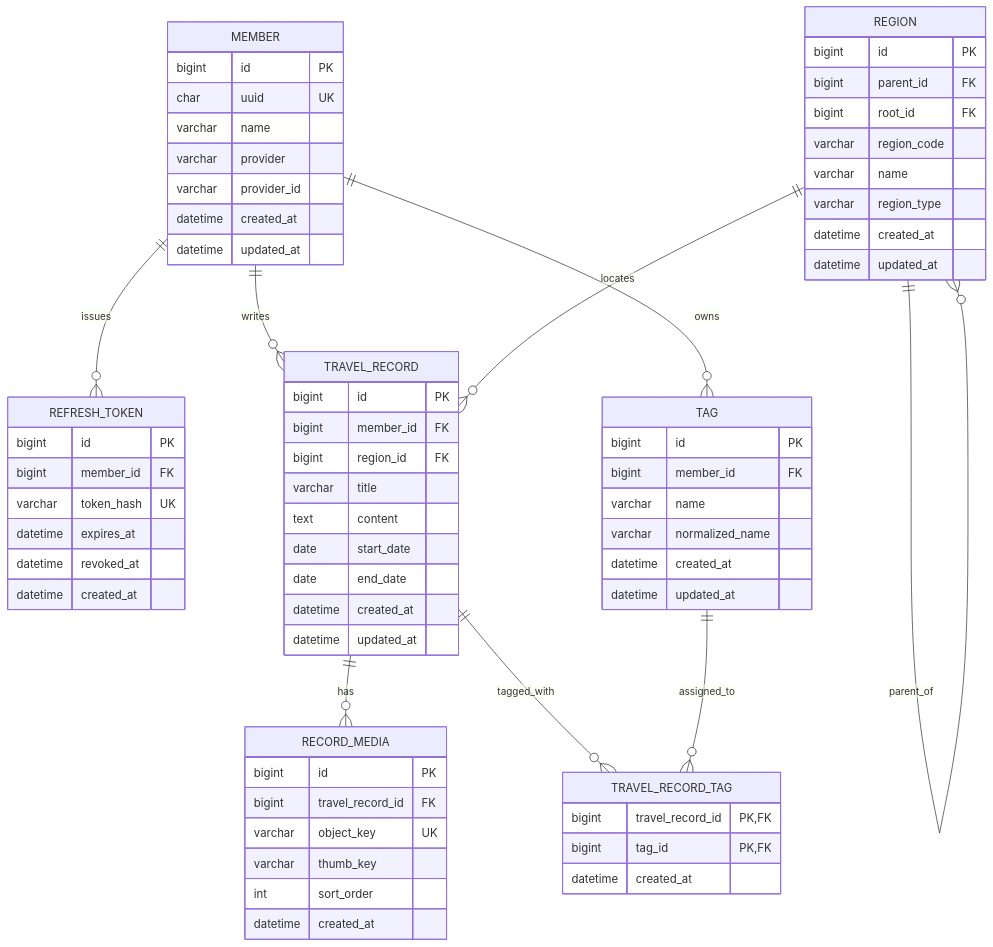
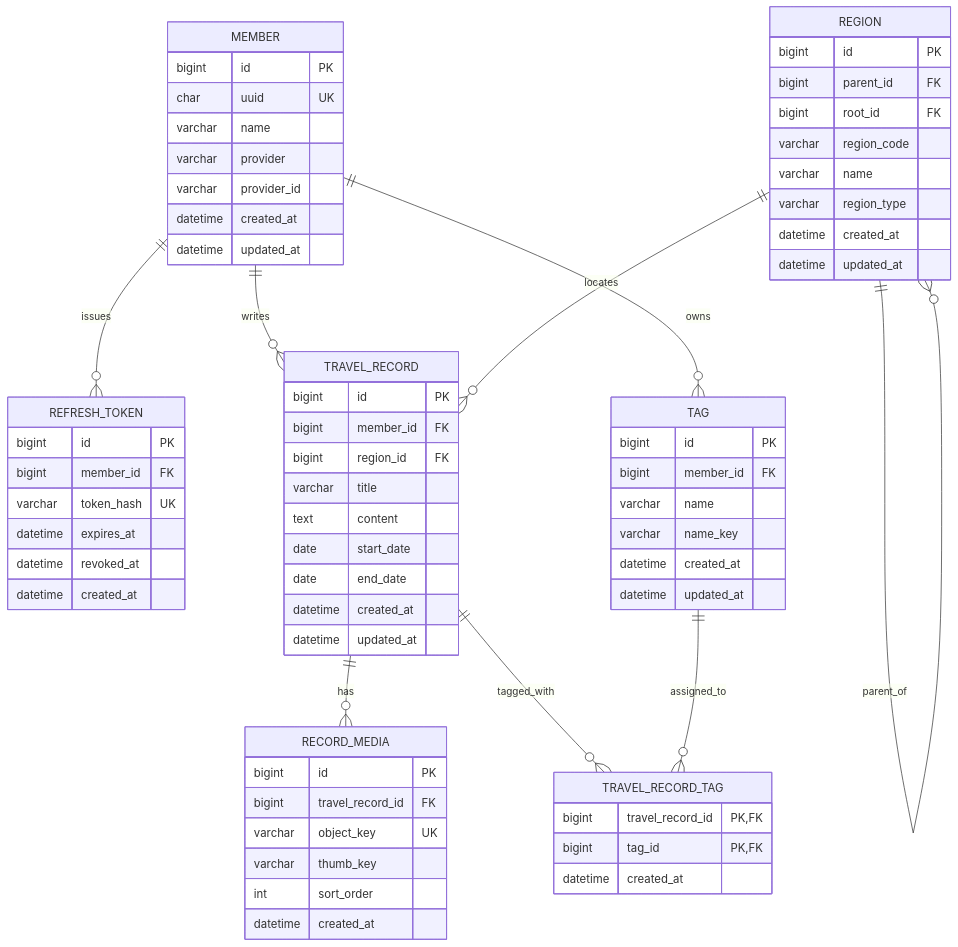
One commit to bee9827/2026-Mapmory changed the diagram in backend/docs/erd.md. Above: the diagram before and after it, drawn with Mermaid. The commit also changed other lines of this file, not shown here.

````diff
--- a/backend/docs/erd.md
+++ b/backend/docs/erd.md
@@ -12,77 +12,77 @@
 ```mermaid
 erDiagram
     MEMBER ||--o{ REFRESH_TOKEN : issues
     MEMBER ||--o{ TRAVEL_RECORD : writes
     MEMBER ||--o{ TAG : owns
     REGION ||--o{ REGION : parent_of
     REGION ||--o{ TRAVEL_RECORD : locates
     TRAVEL_RECORD ||--o{ RECORD_MEDIA : has
     TRAVEL_RECORD ||--o{ TRAVEL_RECORD_TAG : tagged_with
     TAG ||--o{ TRAVEL_RECORD_TAG : assigned_to
 
     MEMBER {
         bigint id PK
         char uuid UK
         varchar name
         varchar provider
         varchar provider_id
         datetime created_at
         datetime updated_at
     }
 
     REFRESH_TOKEN {
         bigint id PK
         bigint member_id FK
         varchar token_hash UK
         datetime expires_at
         datetime revoked_at
         datetime created_at
     }
 
     REGION {
         bigint id PK
         bigint parent_id FK
         bigint root_id FK
         varchar region_code
         varchar name
         varchar region_type
         datetime created_at
         datetime updated_at
     }
 
     TRAVEL_RECORD {
         bigint id PK
         bigint member_id FK
         bigint region_id FK
         varchar title
         text content
         date start_date
         date end_date
         datetime created_at
         datetime updated_at
     }
 
     RECORD_MEDIA {
         bigint id PK
         bigint travel_record_id FK
         varchar object_key UK
         varchar thumb_key
         int sort_order
         datetime created_at
     }
 
     TAG {
         bigint id PK
         bigint member_id FK
         varchar name
-        varchar normalized_name
+        varchar name_key
         datetime created_at
         datetime updated_at
     }
 
     TRAVEL_RECORD_TAG {
         bigint travel_record_id PK,FK
         bigint tag_id PK,FK
         datetime created_at
     }
 ```
````
